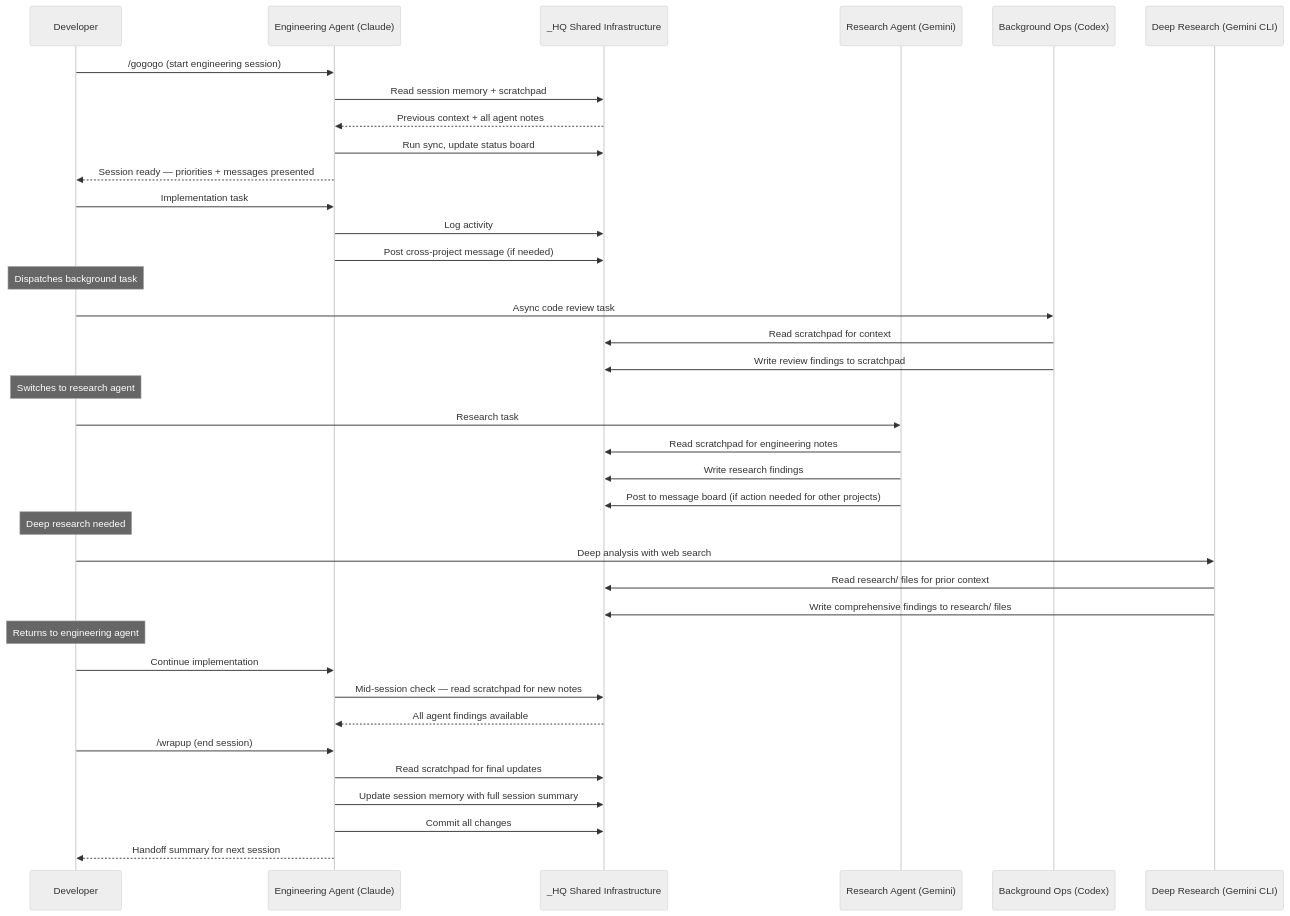
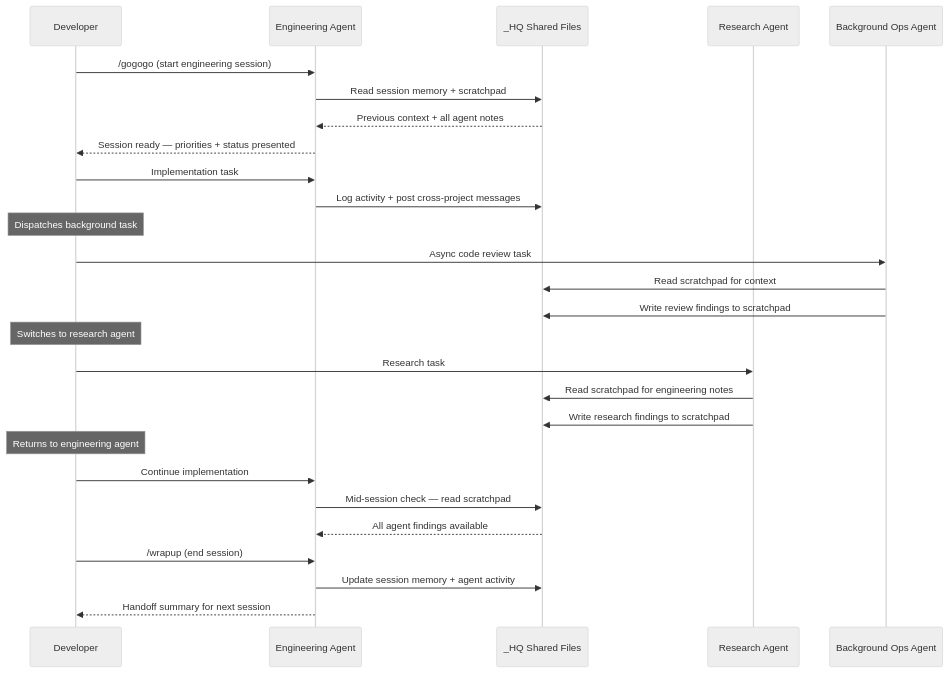
The sixth of 6 diagrams in ARCHITECTURE.md (TJ-Neary/HQ-Command-Center), drawn with Mermaid (neutral theme) before and after one commit. The commit also changed other lines of this file and 7 other files, not shown here.

````diff
--- a/ARCHITECTURE.md
+++ b/ARCHITECTURE.md
@@ -194,50 +196,38 @@
 ```mermaid
 sequenceDiagram
     participant Dev as Developer
-    participant Eng as Engineering Agent (Claude)
-    participant HQ as _HQ Shared Infrastructure
-    participant Res as Research Agent (Gemini)
-    participant BG as Background Ops (Codex)
-    participant Deep as Deep Research (Gemini CLI)
+    participant Eng as Engineering Agent
+    participant HQ as _HQ Shared Files
+    participant Res as Research Agent
+    participant BG as Background Ops Agent
 
     Dev->>Eng: /gogogo (start engineering session)
     Eng->>HQ: Read session memory + scratchpad
     HQ-->>Eng: Previous context + all agent notes
-    Eng->>HQ: Run sync, update status board
-    Eng-->>Dev: Session ready — priorities + messages presented
+    Eng-->>Dev: Session ready — priorities + status presented
 
     Dev->>Eng: Implementation task
-    Eng->>HQ: Log activity
-    Eng->>HQ: Post cross-project message (if needed)
+    Eng->>HQ: Log activity + post cross-project messages
 
     Note over Dev: Dispatches background task
 
     Dev->>BG: Async code review task
     BG->>HQ: Read scratchpad for context
     BG->>HQ: Write review findings to scratchpad
 
     Note over Dev: Switches to research agent
 
     Dev->>Res: Research task
     Res->>HQ: Read scratchpad for engineering notes
-    Res->>HQ: Write research findings
-    Res->>HQ: Post to message board (if action needed for other projects)
-
-    Note over Dev: Deep research needed
-
-    Dev->>Deep: Deep analysis with web search
-    Deep->>HQ: Read research/ files for prior context
-    Deep->>HQ: Write comprehensive findings to research/ files
+    Res->>HQ: Write research findings to scratchpad
 
     Note over Dev: Returns to engineering agent
 
     Dev->>Eng: Continue implementation
-    Eng->>HQ: Mid-session check — read scratchpad for new notes
+    Eng->>HQ: Mid-session check — read scratchpad
     HQ-->>Eng: All agent findings available
 
     Dev->>Eng: /wrapup (end session)
-    Eng->>HQ: Read scratchpad for final updates
-    Eng->>HQ: Update session memory with full session summary
-    Eng->>HQ: Commit all changes
+    Eng->>HQ: Update session memory + agent activity
     Eng-->>Dev: Handoff summary for next session
 ```
````
